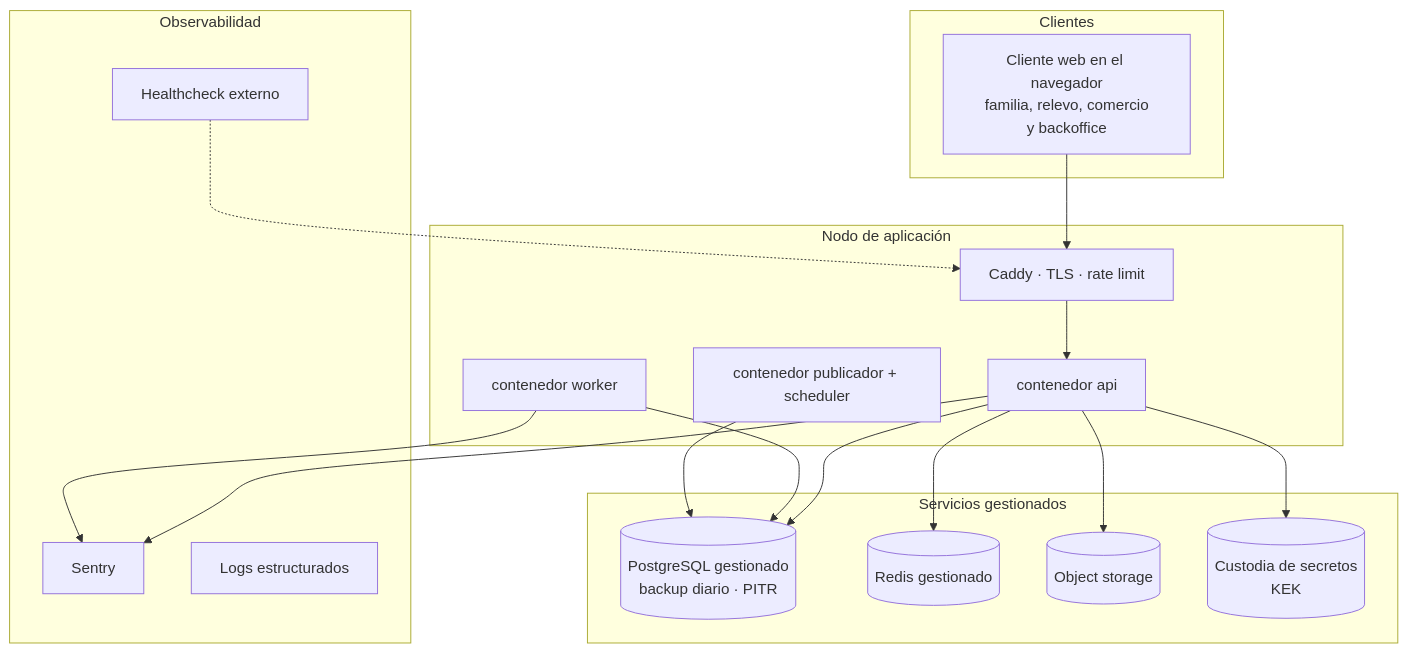
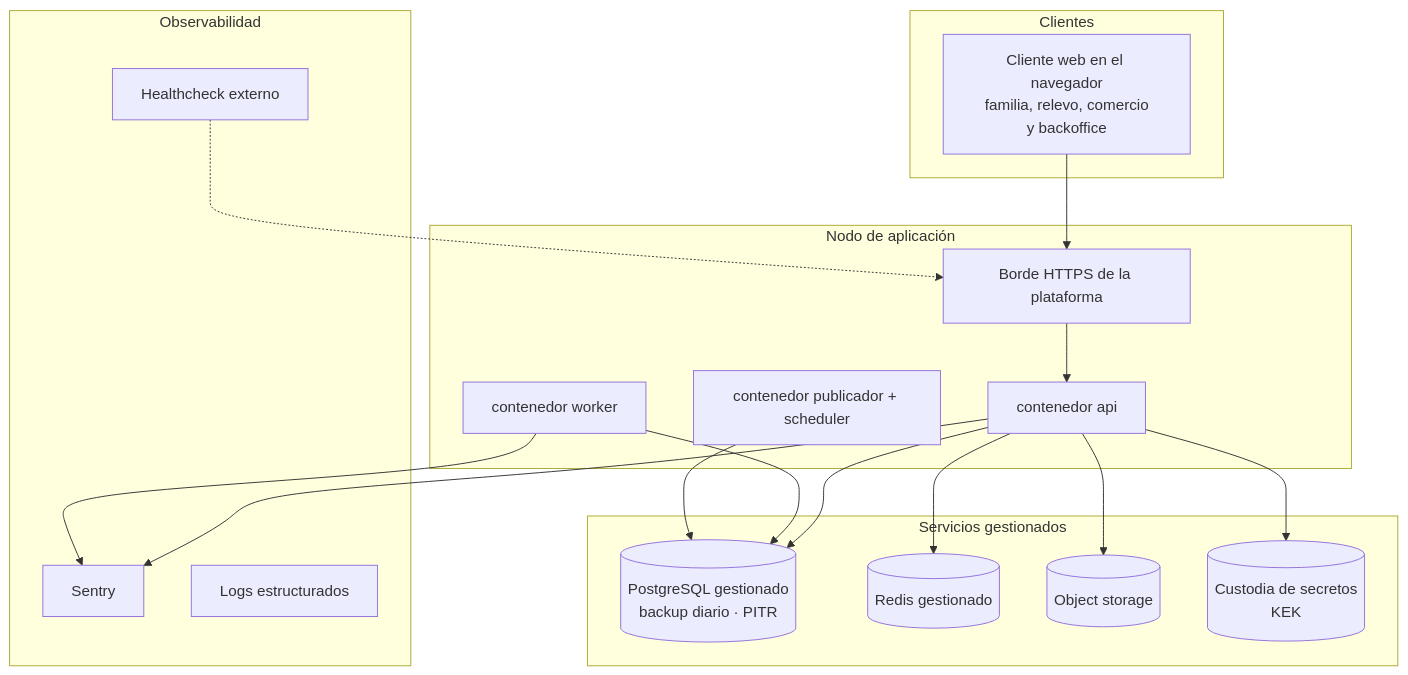
Before and after one commit to MartinHenriquez131/MATU: diagram 11 of 11 in docs/arquitectura.md, drawn with Mermaid. The commit also changed other lines of this file, not shown here.

````diff
--- a/docs/arquitectura.md
+++ b/docs/arquitectura.md
@@ -1553,34 +1551,34 @@
 ```mermaid
 graph TB
     subgraph "Clientes"
         WEB["Cliente web en el navegador<br/>familia, relevo, comercio<br/>y backoffice"]
     end
     subgraph "Nodo de aplicación"
-        CAD["Caddy · TLS · rate limit"]
+        CAD["Borde HTTPS de la plataforma"]
         C1["contenedor api"]
         C2["contenedor worker"]
         C3["contenedor publicador + scheduler"]
     end
     subgraph "Servicios gestionados"
         PG[("PostgreSQL gestionado<br/>backup diario · PITR")]
         RDS[("Redis gestionado")]
         S3[("Object storage")]
         KMS[("Custodia de secretos<br/>KEK")]
     end
     subgraph "Observabilidad"
         SEN["Sentry"]
         LOG["Logs estructurados"]
         UP["Healthcheck externo"]
     end
     WEB --> CAD
     CAD --> C1
     C1 --> PG
     C1 --> RDS
     C1 --> S3
     C1 --> KMS
     C2 --> PG
     C3 --> PG
     C1 --> SEN
     C2 --> SEN
     UP -.-> CAD
 ```
````
